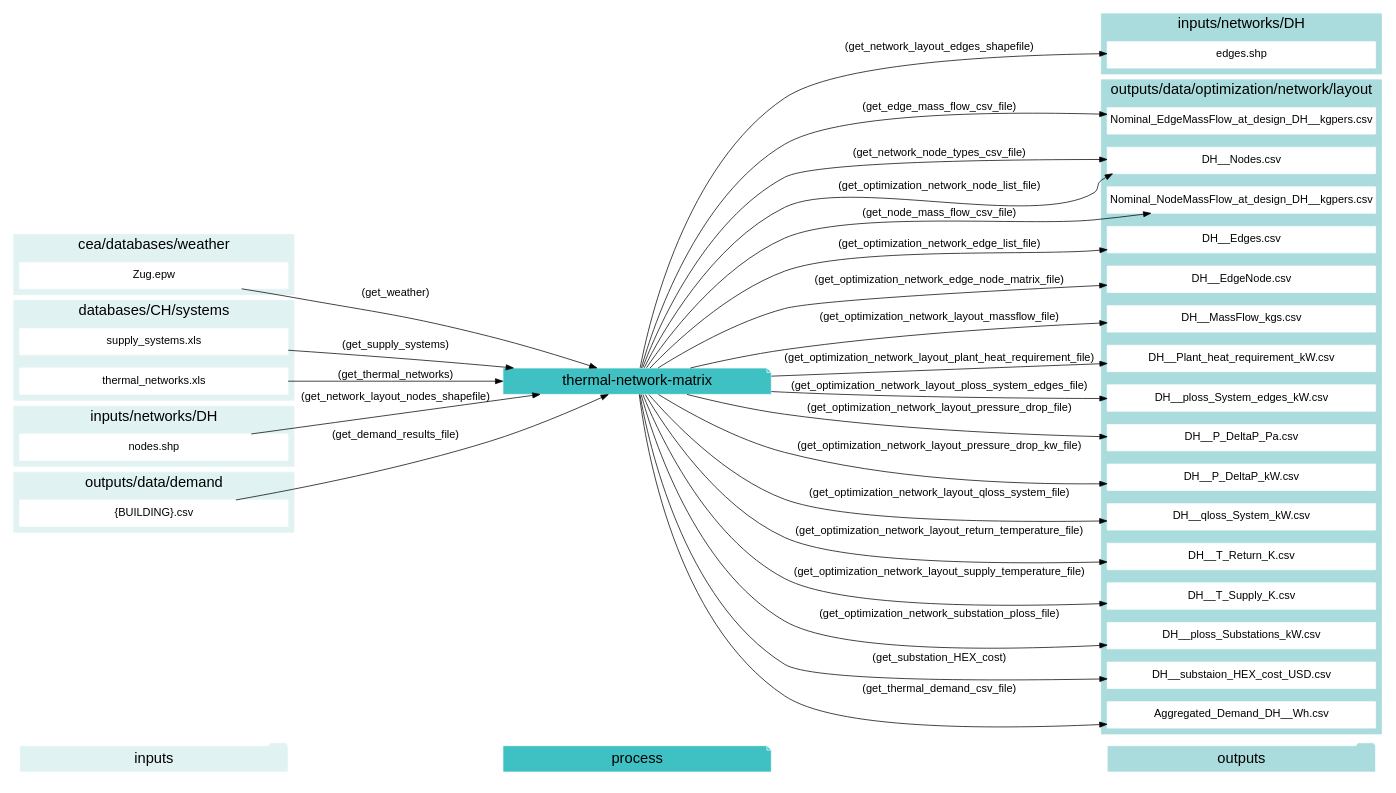
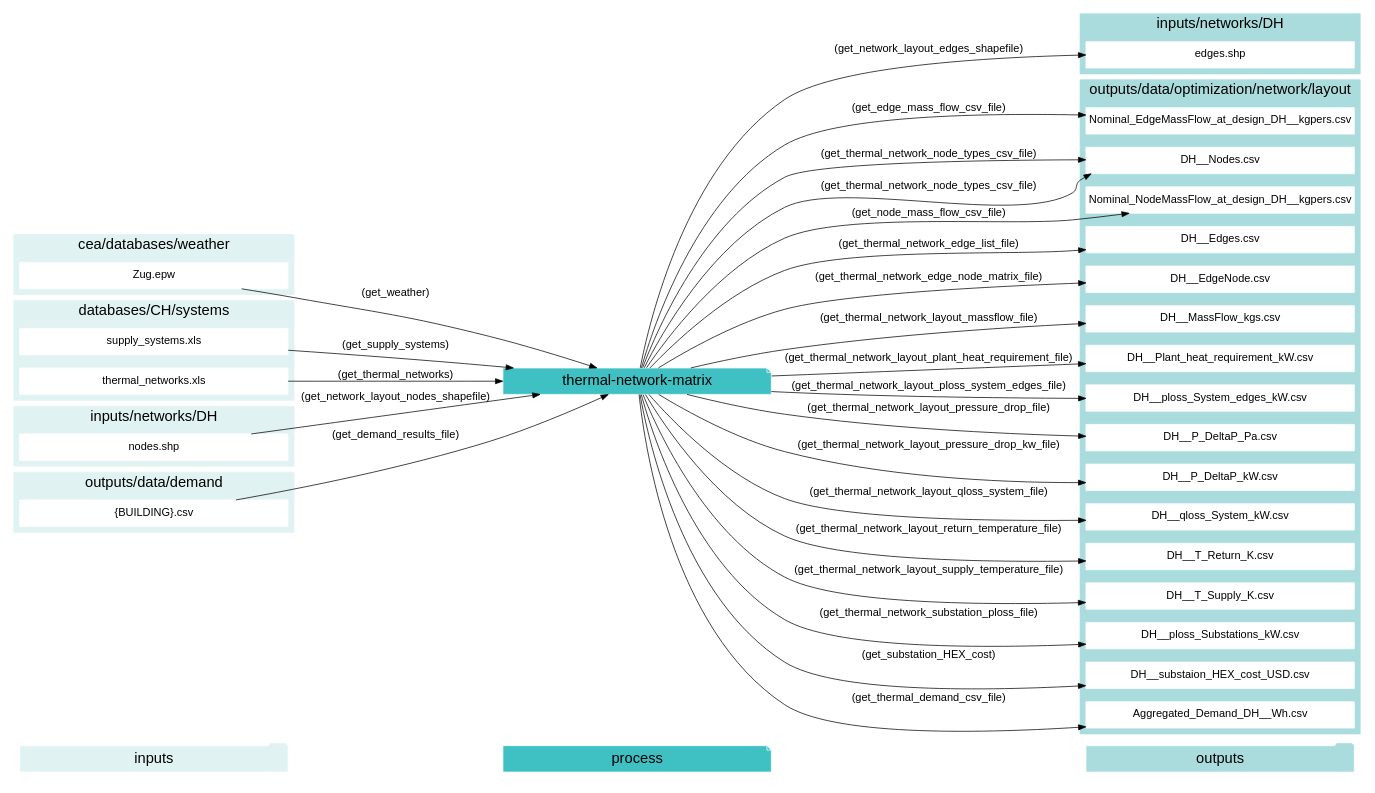
The diagram in docs/script_dependencies/thermal-network-matrix.gv (architecture-building-systems/CityEnergyAnalyst), drawn with Graphviz before and after one commit. The commit also changed 14 other files, not shown here.

```diff
--- a/docs/script_dependencies/thermal-network-matrix.gv
+++ b/docs/script_dependencies/thermal-network-matrix.gv
@@ -1,105 +1,105 @@
 digraph trace_inputlocator {
     rankdir="LR";
     graph [overlap=false, fontname=arial];
     node [shape=box, style=filled, color=white, fontsize=15, fontname=arial, fixedsize=true, width=5.085];
     edge [fontname=arial, fontsize = 15]
     newrank=true
     subgraph cluster_legend {
     fontsize=25
     style=invis
     "process"[style=filled, fillcolor="#3FC0C2", shape=note, fontsize=20, fontname="arial"]
     "inputs" [style=filled, shape=folder, color=white, fillcolor="#E1F2F2", fontsize=20]
     "outputs"[style=filled, shape=folder, color=white, fillcolor="#aadcdd", fontsize=20]
     "inputs"->"process"[style=invis]
     "process"->"outputs"[style=invis]
     }
     "thermal-network-matrix"[style=filled, color=white, fillcolor="#3FC0C2", shape=note, fontsize=20, fontname=arial];
     subgraph cluster_0_in {
         style = filled;
         color = "#E1F2F2";
         fontsize = 20;
         rank=same;
         label="cea/databases/weather";
         "Zug.epw"
     }
     subgraph cluster_1_in {
         style = filled;
         color = "#E1F2F2";
         fontsize = 20;
         rank=same;
         label="databases/CH/systems";
         "supply_systems.xls"
         "thermal_networks.xls"
     }
     subgraph cluster_2_in {
         style = filled;
         color = "#E1F2F2";
         fontsize = 20;
         rank=same;
         label="inputs/networks/DH";
         "nodes.shp"
     }
     subgraph cluster_2_out {
         style = filled;
         color = "#aadcdd";
         fontsize = 20;
         rank=same;
         label="inputs/networks/DH";
         "edges.shp"
     }
     subgraph cluster_3_in {
         style = filled;
         color = "#E1F2F2";
         fontsize = 20;
         rank=same;
         label="outputs/data/demand";
         "{BUILDING}.csv"
     }
     subgraph cluster_4_out {
         style = filled;
         color = "#aadcdd";
         fontsize = 20;
         rank=same;
         label="outputs/data/optimization/network/layout";
         "Nominal_EdgeMassFlow_at_design_DH__kgpers.csv"
         "DH__Nodes.csv"
         "Nominal_NodeMassFlow_at_design_DH__kgpers.csv"
         "DH__Edges.csv"
         "DH__EdgeNode.csv"
         "DH__MassFlow_kgs.csv"
         "DH__Plant_heat_requirement_kW.csv"
         "DH__ploss_System_edges_kW.csv"
         "DH__P_DeltaP_Pa.csv"
         "DH__P_DeltaP_kW.csv"
         "DH__qloss_System_kW.csv"
         "DH__T_Return_K.csv"
         "DH__T_Supply_K.csv"
         "DH__Nodes.csv"
         "DH__ploss_Substations_kW.csv"
         "DH__substaion_HEX_cost_USD.csv"
         "Aggregated_Demand_DH__Wh.csv"
     }
     "{BUILDING}.csv" -> "thermal-network-matrix"[label="(get_demand_results_file)"]
     "nodes.shp" -> "thermal-network-matrix"[label="(get_network_layout_nodes_shapefile)"]
     "supply_systems.xls" -> "thermal-network-matrix"[label="(get_supply_systems)"]
     "thermal_networks.xls" -> "thermal-network-matrix"[label="(get_thermal_networks)"]
     "Zug.epw" -> "thermal-network-matrix"[label="(get_weather)"]
     "thermal-network-matrix" -> "Nominal_EdgeMassFlow_at_design_DH__kgpers.csv"[label="(get_edge_mass_flow_csv_file)"]
     "thermal-network-matrix" -> "edges.shp"[label="(get_network_layout_edges_shapefile)"]
-    "thermal-network-matrix" -> "DH__Nodes.csv"[label="(get_network_node_types_csv_file)"]
+    "thermal-network-matrix" -> "DH__Nodes.csv"[label="(get_thermal_network_node_types_csv_file)"]
     "thermal-network-matrix" -> "Nominal_NodeMassFlow_at_design_DH__kgpers.csv"[label="(get_node_mass_flow_csv_file)"]
-    "thermal-network-matrix" -> "DH__Edges.csv"[label="(get_optimization_network_edge_list_file)"]
-    "thermal-network-matrix" -> "DH__EdgeNode.csv"[label="(get_optimization_network_edge_node_matrix_file)"]
-    "thermal-network-matrix" -> "DH__MassFlow_kgs.csv"[label="(get_optimization_network_layout_massflow_file)"]
-    "thermal-network-matrix" -> "DH__Plant_heat_requirement_kW.csv"[label="(get_optimization_network_layout_plant_heat_requirement_file)"]
-    "thermal-network-matrix" -> "DH__ploss_System_edges_kW.csv"[label="(get_optimization_network_layout_ploss_system_edges_file)"]
-    "thermal-network-matrix" -> "DH__P_DeltaP_Pa.csv"[label="(get_optimization_network_layout_pressure_drop_file)"]
-    "thermal-network-matrix" -> "DH__P_DeltaP_kW.csv"[label="(get_optimization_network_layout_pressure_drop_kw_file)"]
-    "thermal-network-matrix" -> "DH__qloss_System_kW.csv"[label="(get_optimization_network_layout_qloss_system_file)"]
-    "thermal-network-matrix" -> "DH__T_Return_K.csv"[label="(get_optimization_network_layout_return_temperature_file)"]
-    "thermal-network-matrix" -> "DH__T_Supply_K.csv"[label="(get_optimization_network_layout_supply_temperature_file)"]
-    "thermal-network-matrix" -> "DH__Nodes.csv"[label="(get_optimization_network_node_list_file)"]
-    "thermal-network-matrix" -> "DH__ploss_Substations_kW.csv"[label="(get_optimization_network_substation_ploss_file)"]
+    "thermal-network-matrix" -> "DH__Edges.csv"[label="(get_thermal_network_edge_list_file)"]
+    "thermal-network-matrix" -> "DH__EdgeNode.csv"[label="(get_thermal_network_edge_node_matrix_file)"]
+    "thermal-network-matrix" -> "DH__MassFlow_kgs.csv"[label="(get_thermal_network_layout_massflow_file)"]
+    "thermal-network-matrix" -> "DH__Plant_heat_requirement_kW.csv"[label="(get_thermal_network_layout_plant_heat_requirement_file)"]
+    "thermal-network-matrix" -> "DH__ploss_System_edges_kW.csv"[label="(get_thermal_network_layout_ploss_system_edges_file)"]
+    "thermal-network-matrix" -> "DH__P_DeltaP_Pa.csv"[label="(get_thermal_network_layout_pressure_drop_file)"]
+    "thermal-network-matrix" -> "DH__P_DeltaP_kW.csv"[label="(get_thermal_network_layout_pressure_drop_kw_file)"]
+    "thermal-network-matrix" -> "DH__qloss_System_kW.csv"[label="(get_thermal_network_layout_qloss_system_file)"]
+    "thermal-network-matrix" -> "DH__T_Return_K.csv"[label="(get_thermal_network_layout_return_temperature_file)"]
+    "thermal-network-matrix" -> "DH__T_Supply_K.csv"[label="(get_thermal_network_layout_supply_temperature_file)"]
+    "thermal-network-matrix" -> "DH__Nodes.csv"[label="(get_thermal_network_node_types_csv_file)"]
+    "thermal-network-matrix" -> "DH__ploss_Substations_kW.csv"[label="(get_thermal_network_substation_ploss_file)"]
     "thermal-network-matrix" -> "DH__substaion_HEX_cost_USD.csv"[label="(get_substation_HEX_cost)"]
     "thermal-network-matrix" -> "Aggregated_Demand_DH__Wh.csv"[label="(get_thermal_demand_csv_file)"]
     }
```
